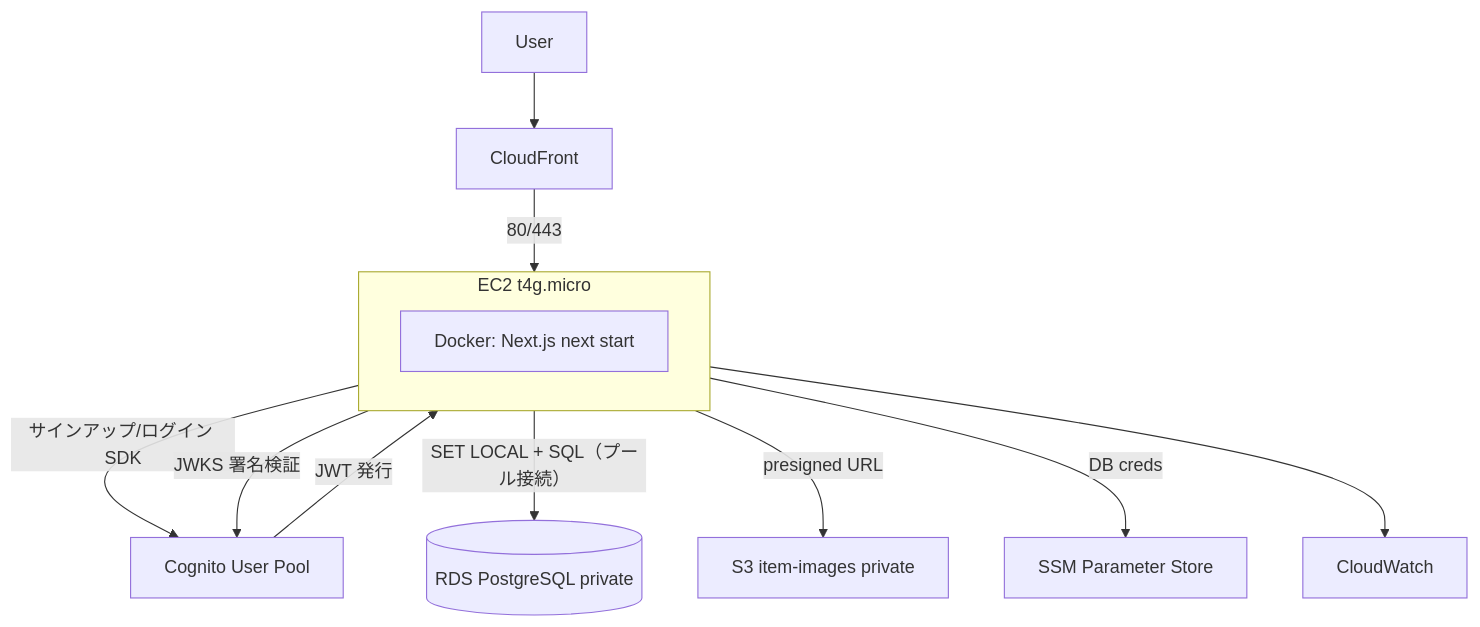
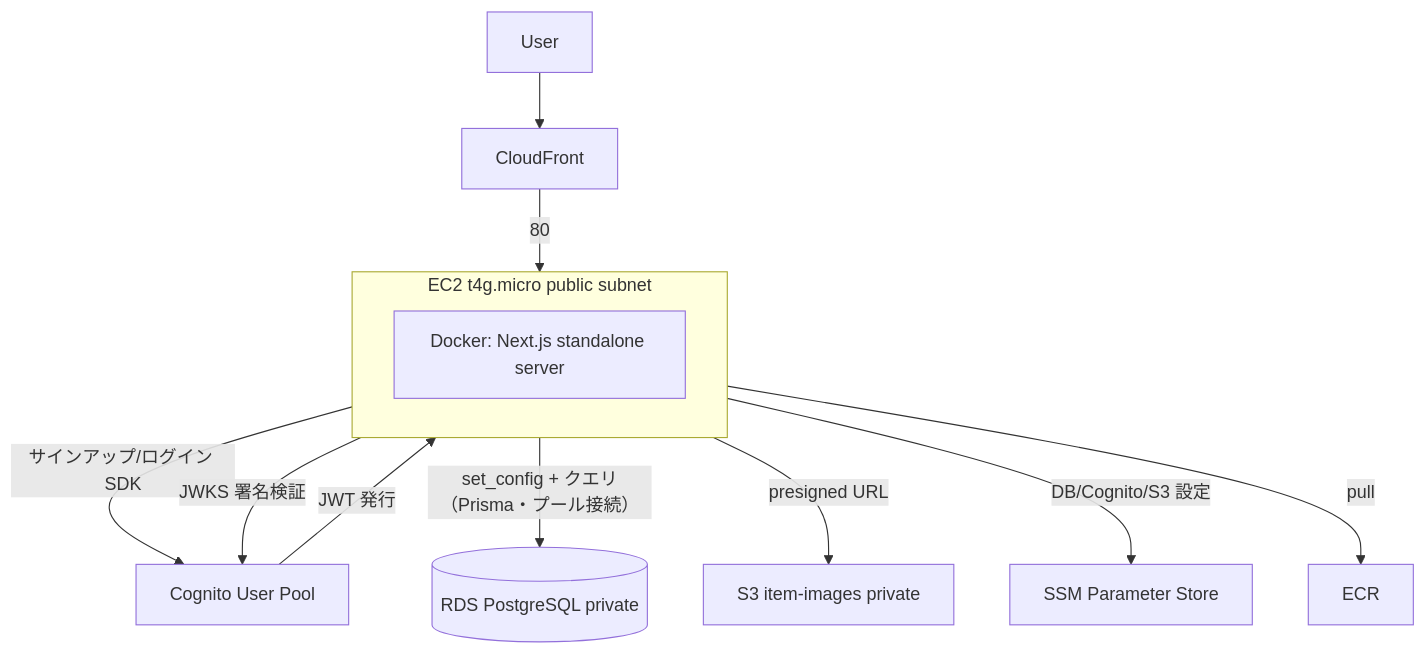
The diagram in docs/infra-design.md (nanashi7c/mono-log_prototype), drawn with Mermaid before and after one commit. The commit also changed other lines of this file and 7 other files, not shown here.

````diff
--- a/docs/infra-design.md
+++ b/docs/infra-design.md
@@ -121,15 +23,15 @@
 ```mermaid
 graph TD
   U[User] --> CF[CloudFront]
-  CF -->|80/443| EC2[EC2 public subnet]
-  subgraph EC2[EC2 t4g.micro]
-    DOC[Docker: Next.js next start]
+  CF -->|80| EC2
+  subgraph EC2[EC2 t4g.micro public subnet]
+    DOC[Docker: Next.js standalone server]
   end
   EC2 -->|サインアップ/ログイン SDK| COG[Cognito User Pool]
   COG -->|JWT 発行| EC2
   EC2 -->|JWKS 署名検証| COG
-  EC2 -->|SET LOCAL + SQL（プール接続）| RDS[(RDS PostgreSQL private)]
+  EC2 -->|set_config + クエリ（Prisma・プール接続）| RDS[(RDS PostgreSQL private)]
   EC2 -->|presigned URL| S3I[S3 item-images private]
-  EC2 -->|DB creds| SSM[SSM Parameter Store]
-  EC2 --> CW[CloudWatch]
+  EC2 -->|DB/Cognito/S3 設定| SSM[SSM Parameter Store]
+  EC2 -->|pull| ECR[ECR]
 ```
````
